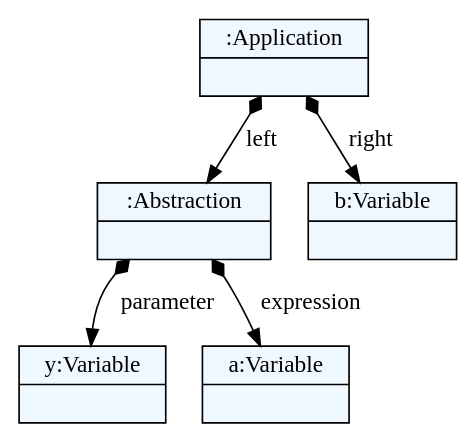
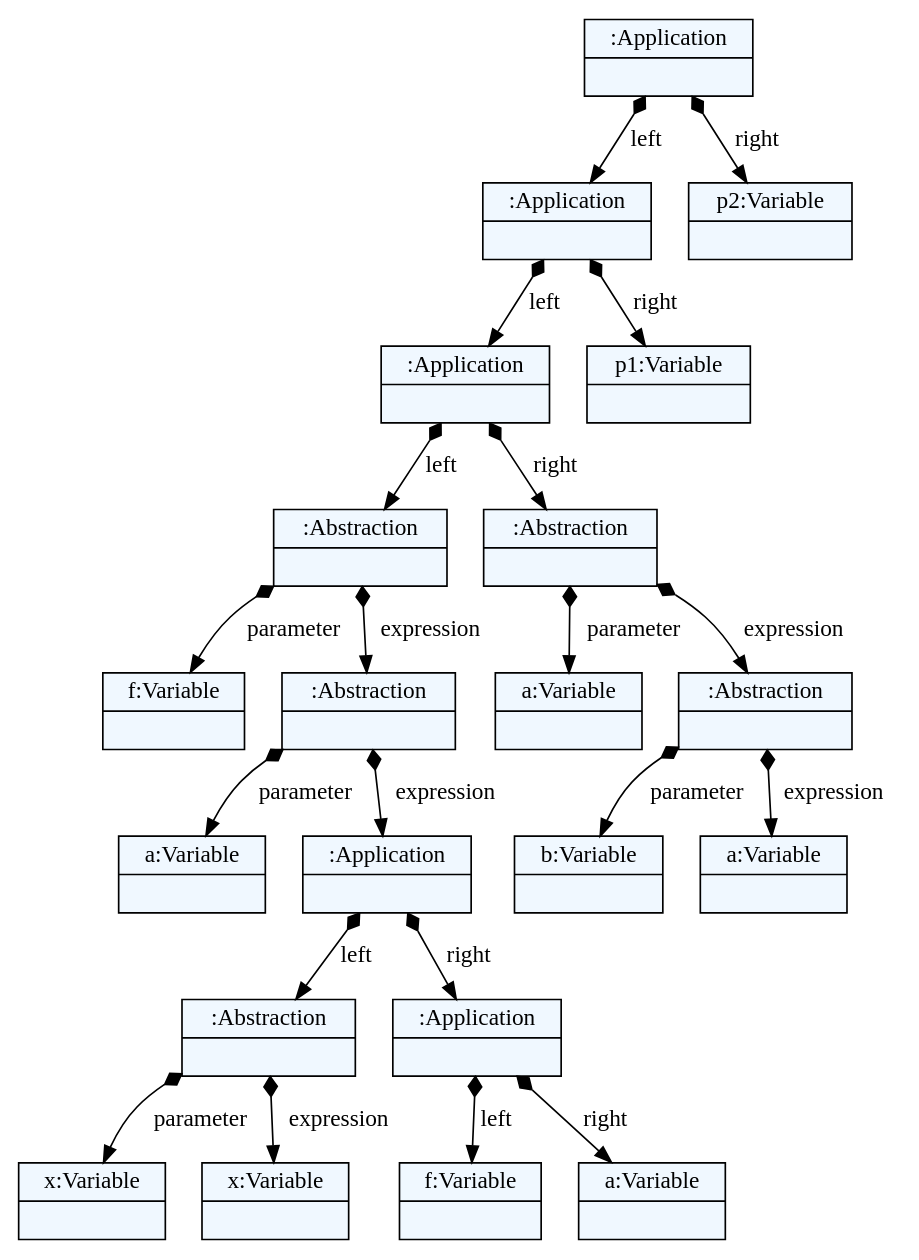
Before and after one commit to pavleglusac/lambda-calculus: the diagram in language/models/model1.dot, drawn with Graphviz. The commit also changed 25 other files, not shown here.

```diff
--- a/language/models/model1.dot
+++ b/language/models/model1.dot
@@ -1,24 +1,56 @@
 
     digraph textX {
     fontname = "Bitstream Vera Sans"
     fontsize = 8
     node[
         shape=record,
         style=filled,
         fillcolor=aliceblue
     ]
     nodesep = 0.3
     edge[dir=black,arrowtail=empty]
 
 
-2263885646096 -> 2263885646000 [label="left" arrowtail=diamond dir=both]
-2263885646000 -> 2263885645952 [label="parameter" arrowtail=diamond dir=both]
-2263885645952[label="{y:Variable|}"]
-2263885646000 -> 2263885646048 [label="expression" arrowtail=diamond dir=both]
-2263885646048[label="{a:Variable|}"]
-2263885646000[label="{:Abstraction|}"]
-2263885646096 -> 2263885645856 [label="right" arrowtail=diamond dir=both]
-2263885645856[label="{b:Variable|}"]
-2263885646096[label="{:Application|}"]
+2133899071880 -> 2133899044680 [label="left" arrowtail=diamond dir=both]
+2133899044680 -> 2133908040648 [label="left" arrowtail=diamond dir=both]
+2133908040648 -> 2133908040584 [label="left" arrowtail=diamond dir=both]
+2133908040584 -> 2133909131336 [label="parameter" arrowtail=diamond dir=both]
+2133909131336[label="{f:Variable|}"]
+2133908040584 -> 2133909044872 [label="expression" arrowtail=diamond dir=both]
+2133909044872 -> 2133909044616 [label="parameter" arrowtail=diamond dir=both]
+2133909044616[label="{a:Variable|}"]
+2133909044872 -> 2133909044040 [label="expression" arrowtail=diamond dir=both]
+2133909044040 -> 2133909044488 [label="left" arrowtail=diamond dir=both]
+2133909044488 -> 2133909042120 [label="parameter" arrowtail=diamond dir=both]
+2133909042120[label="{x:Variable|}"]
+2133909044488 -> 2133909043976 [label="expression" arrowtail=diamond dir=both]
+2133909043976[label="{x:Variable|}"]
+2133909044488[label="{:Abstraction|}"]
+2133909044040 -> 2133909043848 [label="right" arrowtail=diamond dir=both]
+2133909043848 -> 2133909043784 [label="left" arrowtail=diamond dir=both]
+2133909043784[label="{f:Variable|}"]
+2133909043848 -> 2133909044232 [label="right" arrowtail=diamond dir=both]
+2133909044232[label="{a:Variable|}"]
+2133909043848[label="{:Application|}"]
+2133909044040[label="{:Application|}"]
+2133909044872[label="{:Abstraction|}"]
+2133908040584[label="{:Abstraction|}"]
+2133908040648 -> 2133909044104 [label="right" arrowtail=diamond dir=both]
+2133909044104 -> 2133909044744 [label="parameter" arrowtail=diamond dir=both]
+2133909044744[label="{a:Variable|}"]
+2133909044104 -> 2133909044296 [label="expression" arrowtail=diamond dir=both]
+2133909044296 -> 2133909045192 [label="parameter" arrowtail=diamond dir=both]
+2133909045192[label="{b:Variable|}"]
+2133909044296 -> 2133909043272 [label="expression" arrowtail=diamond dir=both]
+2133909043272[label="{a:Variable|}"]
+2133909044296[label="{:Abstraction|}"]
+2133909044104[label="{:Abstraction|}"]
+2133908040648[label="{:Application|}"]
+2133899044680 -> 2133909043400 [label="right" arrowtail=diamond dir=both]
+2133909043400[label="{p1:Variable|}"]
+2133899044680[label="{:Application|}"]
+2133899071880 -> 2133909042696 [label="right" arrowtail=diamond dir=both]
+2133909042696[label="{p2:Variable|}"]
+2133899071880[label="{:Application|}"]
 
 }
```
